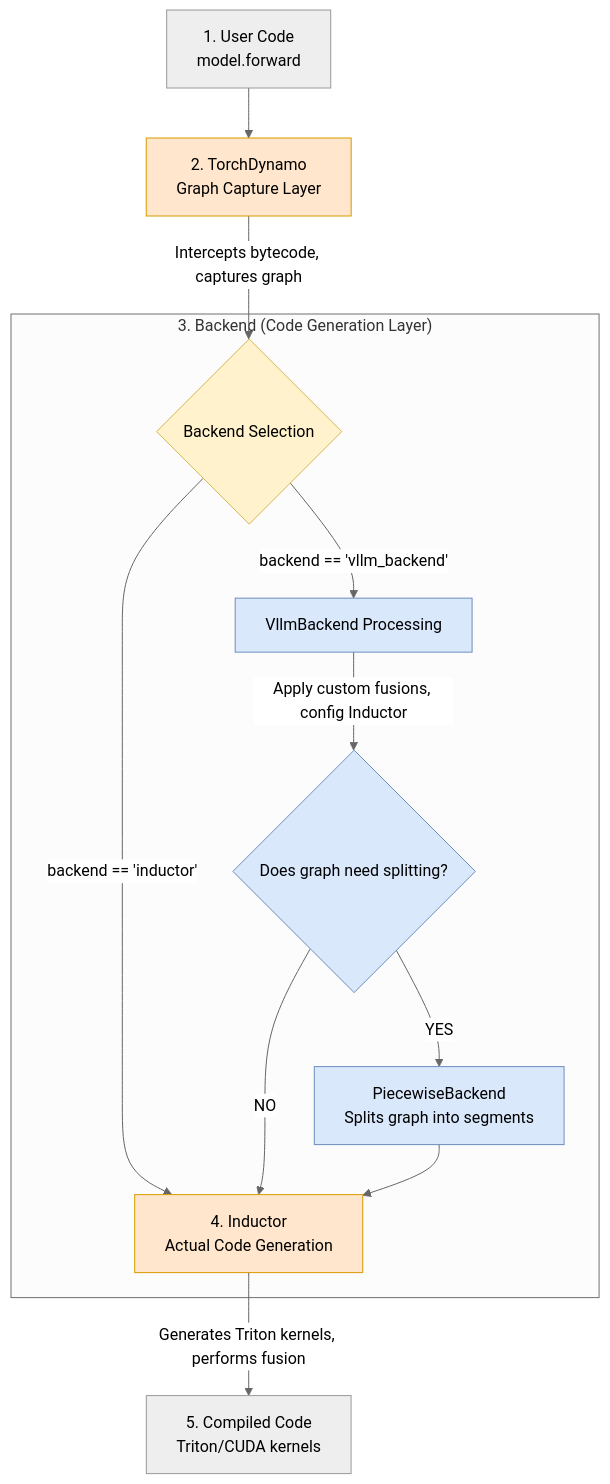
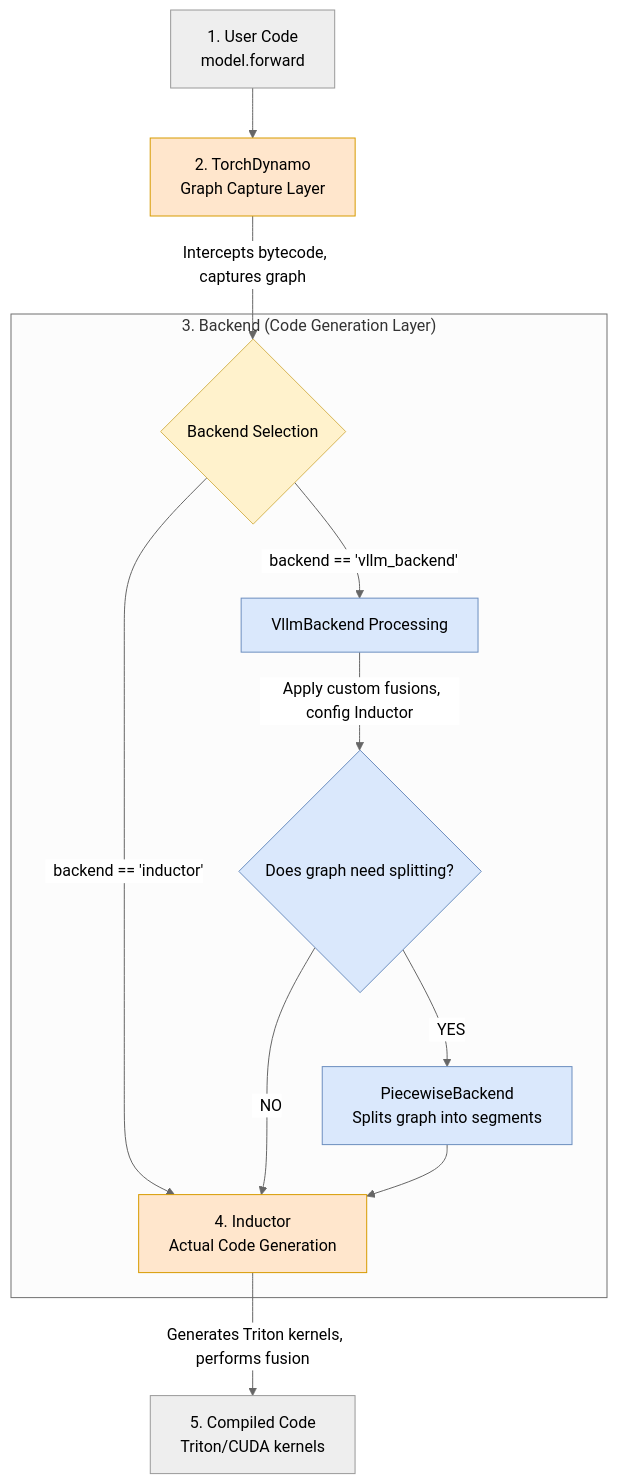
The second of 5 diagrams in _posts/2026-03-18-deep-dive-into-vllm-torch-compile.md (whk-lab/whk-lab.github.io), drawn with Mermaid (neutral theme) before and after one commit. The commit also changed other lines of this file, not shown here.

Commit message:
chore(blogPost): adjust mermaid tag

````diff
--- a/_posts/2026-03-18-deep-dive-into-vllm-torch-compile.md
+++ b/_posts/2026-03-18-deep-dive-into-vllm-torch-compile.md
@@ -97,26 +97,26 @@
 ```mermaid
 graph TD
     A[1. User Code <br> model.forward] --> B
     
     B[2. TorchDynamo <br> Graph Capture Layer]
-    B -->|Intercepts bytecode, captures graph| C
+    B -->|" &nbsp; Intercepts bytecode, captures graph"| C
     
     subgraph "3. Backend (Code Generation Layer)"
         C{Backend Selection}
-        C -->|backend == 'inductor'| F
-        C -->|backend == 'vllm_backend'| D[VllmBackend Processing]
-        D -->|Apply custom fusions, config Inductor| E{Does graph need splitting?}
-        E -->|YES| G[PiecewiseBackend <br> Splits graph into segments]
-        E -->|NO| F
+        C -->|" &nbsp; backend == 'inductor'"| F
+        C -->|" &nbsp; backend == 'vllm_backend'"| D[VllmBackend Processing]
+        D -->|" &nbsp; Apply custom fusions, config Inductor"| E{Does graph need splitting?}
+        E -->|" &nbsp; YES"| G[PiecewiseBackend <br> Splits graph into segments]
+        E -->|" &nbsp; NO"| F
         G --> F[4. Inductor <br> Actual Code Generation]
     end
     
-    F -->|Generates Triton kernels, performs fusion| H[5. Compiled Code <br> Triton/CUDA kernels]
+    F -->|" &nbsp; Generates Triton kernels, performs fusion"| H[5. Compiled Code <br> Triton/CUDA kernels]
     
     style B fill:#ffe6cc,stroke:#d79b00
     style D fill:#dae8fc,stroke:#6c8ebf
     style E fill:#dae8fc,stroke:#6c8ebf
     style G fill:#dae8fc,stroke:#6c8ebf
     style C fill:#fff2cc,stroke:#d6b656
     style F fill:#ffe6cc,stroke:#d79b00
 ```
````
